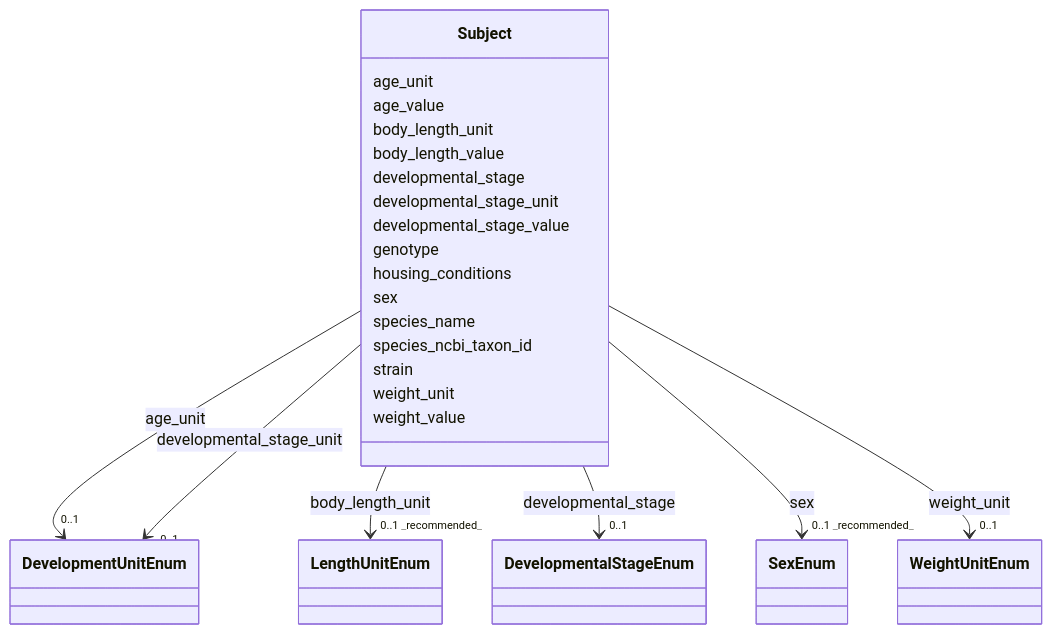
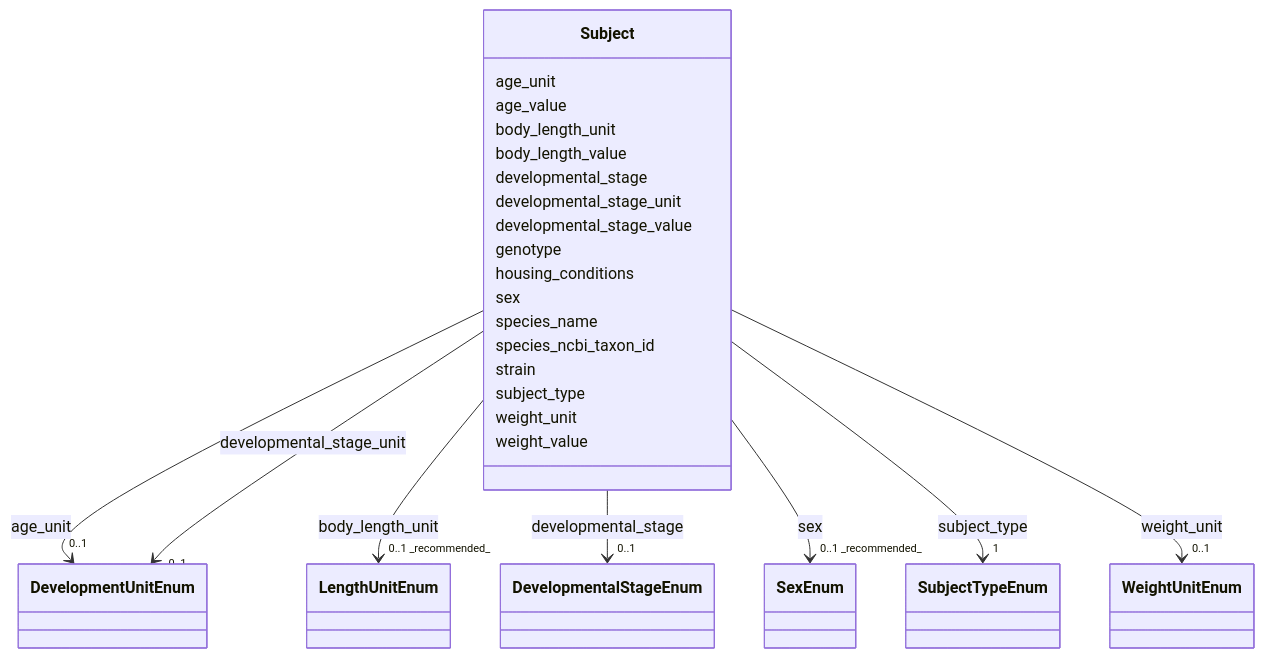
Before and after one commit to Helmholtz-UFZ/BeStMeta: the diagram in docs/Subject.md, drawn with Mermaid. The commit also changed other lines of this file and 18 other files, not shown here.

```diff
--- a/docs/Subject.md
+++ b/docs/Subject.md
@@ -95,6 +95,17 @@
         
       Subject : strain
         
+      Subject : subject_type
+        
+          
+    
+        
+        
+        Subject --> "1" SubjectTypeEnum : subject_type
+        click SubjectTypeEnum href "../SubjectTypeEnum/"
+    
+
+        
       Subject : weight_unit
         
           
```
